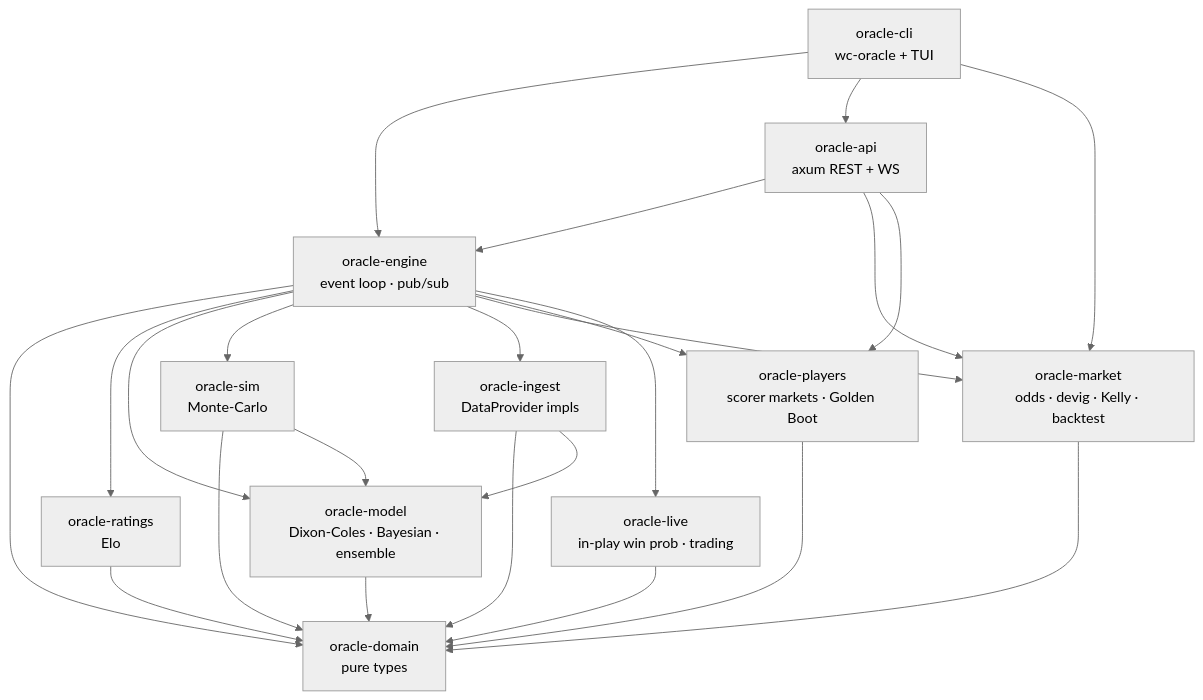
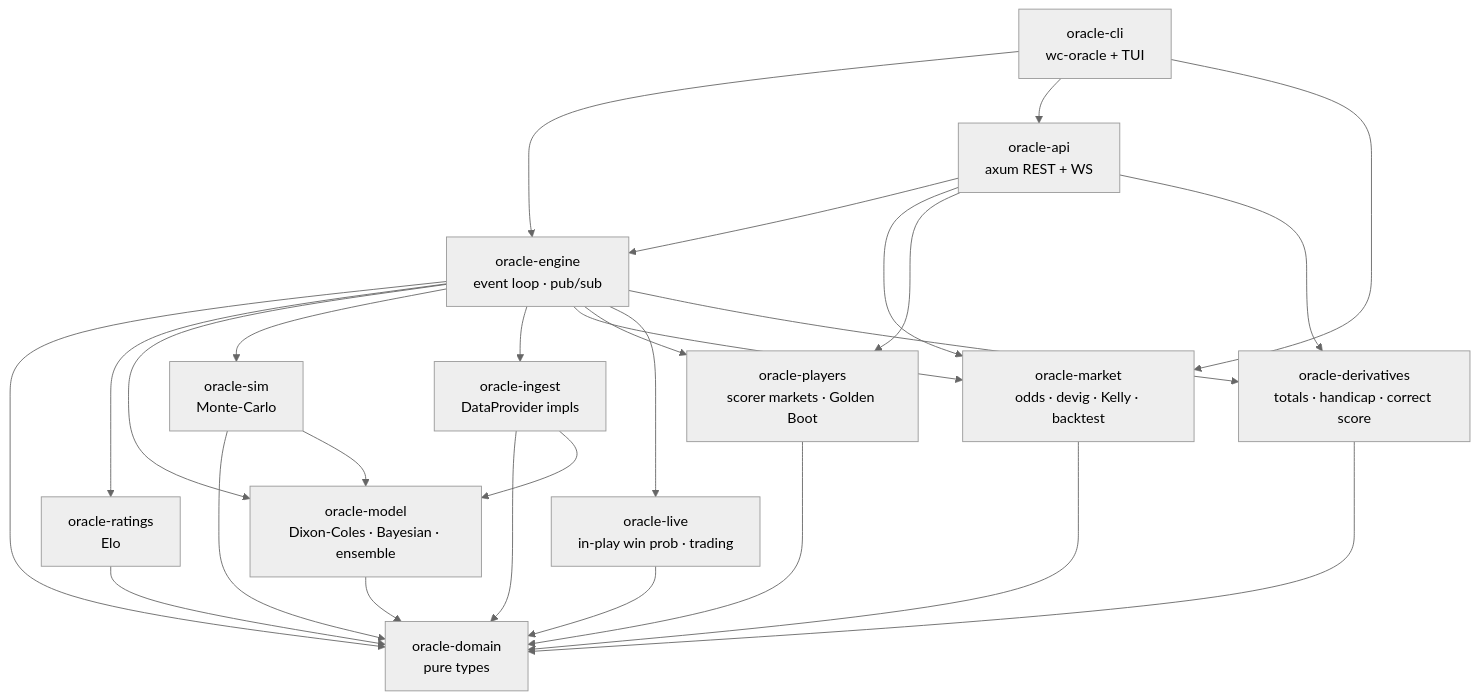
Before and after one commit to ruhan-sahasi/worldcup-oracle: the first of 2 diagrams in docs/ARCHITECTURE.md, drawn with Mermaid (neutral theme). The commit also changed other lines of this file and 3 other files, not shown here.

````diff
--- a/docs/ARCHITECTURE.md
+++ b/docs/ARCHITECTURE.md
@@ -9,38 +9,42 @@
 ```mermaid
 graph TD
     domain[oracle-domain<br/>pure types]
     ratings[oracle-ratings<br/>Elo]
     model[oracle-model<br/>Dixon-Coles · Bayesian · ensemble]
     sim[oracle-sim<br/>Monte-Carlo]
     ingest[oracle-ingest<br/>DataProvider impls]
     market[oracle-market<br/>odds · devig · Kelly · backtest]
     players[oracle-players<br/>scorer markets · Golden Boot]
     live[oracle-live<br/>in-play win prob · trading]
+    derivatives[oracle-derivatives<br/>totals · handicap · correct score]
     engine[oracle-engine<br/>event loop · pub/sub]
     api[oracle-api<br/>axum REST + WS]
     cli[oracle-cli<br/>wc-oracle + TUI]
 
     ratings --> domain
     model --> domain
     sim --> domain
     sim --> model
     ingest --> domain
     ingest --> model
     market --> domain
     players --> domain
     live --> domain
+    derivatives --> domain
     engine --> domain
     engine --> ratings
     engine --> model
     engine --> sim
     engine --> ingest
     engine --> market
     engine --> players
     engine --> live
+    engine --> derivatives
     api --> engine
     api --> market
     api --> players
+    api --> derivatives
     cli --> engine
     cli --> api
     cli --> market
 ```
````
